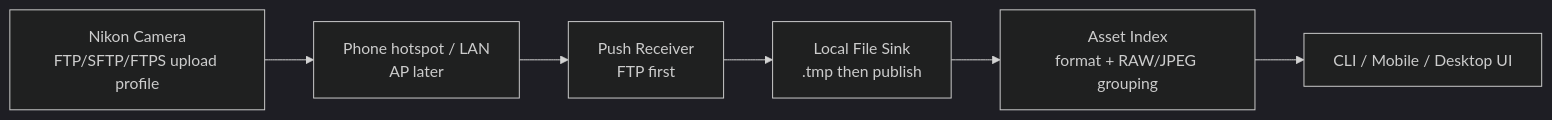
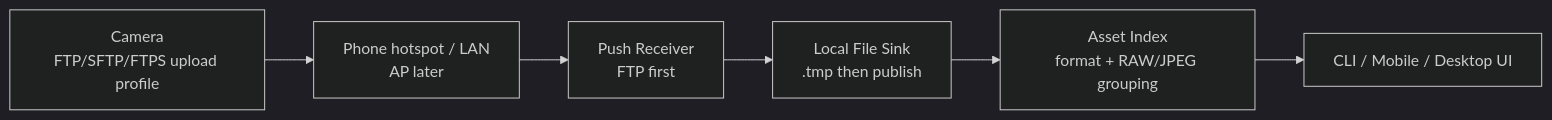
Before and after one commit to CrazyNB/camera_connector: the diagram in docs/product/PRD.md, drawn with Mermaid (dark theme). The commit also changed other lines of this file and 20 other files, not shown here.

````diff
--- a/docs/product/PRD.md
+++ b/docs/product/PRD.md
@@ -116,11 +117,11 @@
 ```mermaid
 flowchart LR
-  Camera["Nikon Camera\nFTP/SFTP/FTPS upload profile"]
+  Camera["Camera\nFTP/SFTP/FTPS upload profile"]
   Network["Phone hotspot / LAN\nAP later"]
   Receiver["Push Receiver\nFTP first"]
   Sink["Local File Sink\n.tmp then publish"]
   Index["Asset Index\nformat + RAW/JPEG grouping"]
   UI["CLI / Mobile / Desktop UI"]
 
   Camera --> Network --> Receiver --> Sink --> Index --> UI
 ```
````
